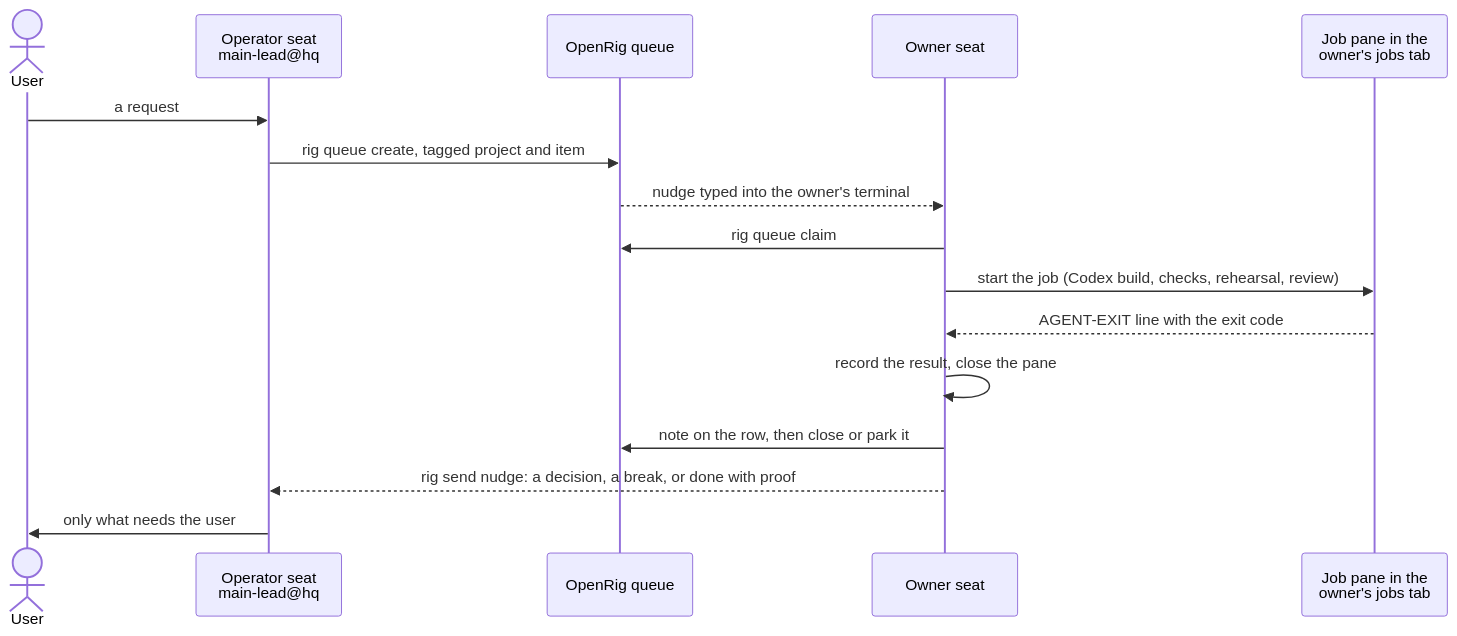
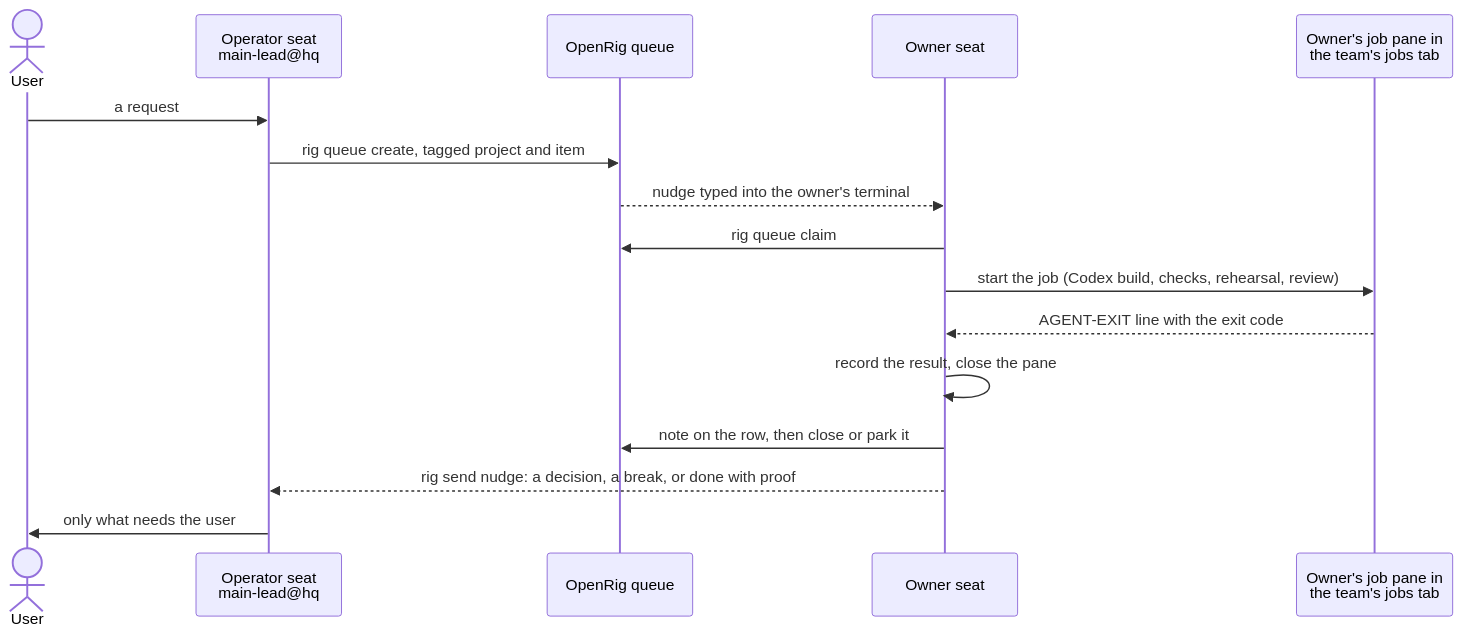
One commit to sh4i-yurei/workflow-engine changed the fifth of 5 diagrams in ARCHITECTURE.md. Above: the diagram before and after it, drawn with Mermaid. The commit also changed other lines of this file and 2 other files, not shown here.

First line of the commit message:
Put job panes in the team's shared jobs tabs (#24)

````diff
--- a/ARCHITECTURE.md
+++ b/ARCHITECTURE.md
@@ -157,18 +157,18 @@
 ```mermaid
 sequenceDiagram
   actor U as User
   participant Op as Operator seat<br/>main-lead@hq
   participant Q as OpenRig queue
   participant Ow as Owner seat
-  participant J as Job pane in the<br/>owner's jobs tab
+  participant J as Owner's job pane in<br/>the team's jobs tab
   U->>Op: a request
   Op->>Q: rig queue create, tagged project and item
   Q-->>Ow: nudge typed into the owner's terminal
   Ow->>Q: rig queue claim
   Ow->>J: start the job (Codex build, checks, rehearsal, review)
   J-->>Ow: AGENT-EXIT line with the exit code
   Ow->>Ow: record the result, close the pane
   Ow->>Q: note on the row, then close or park it
   Ow-->>Op: rig send nudge: a decision, a break, or done with proof
   Op->>U: only what needs the user
 ```
````
